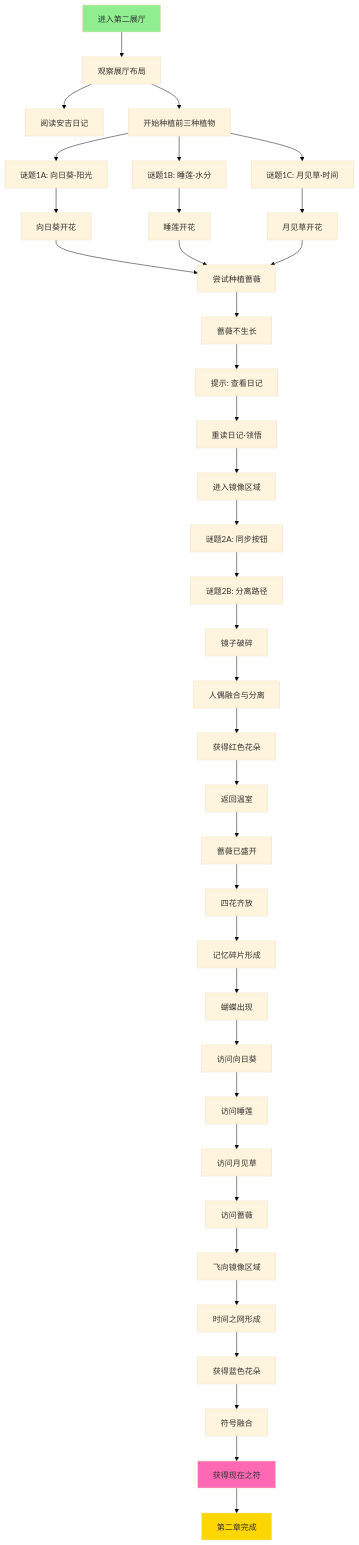
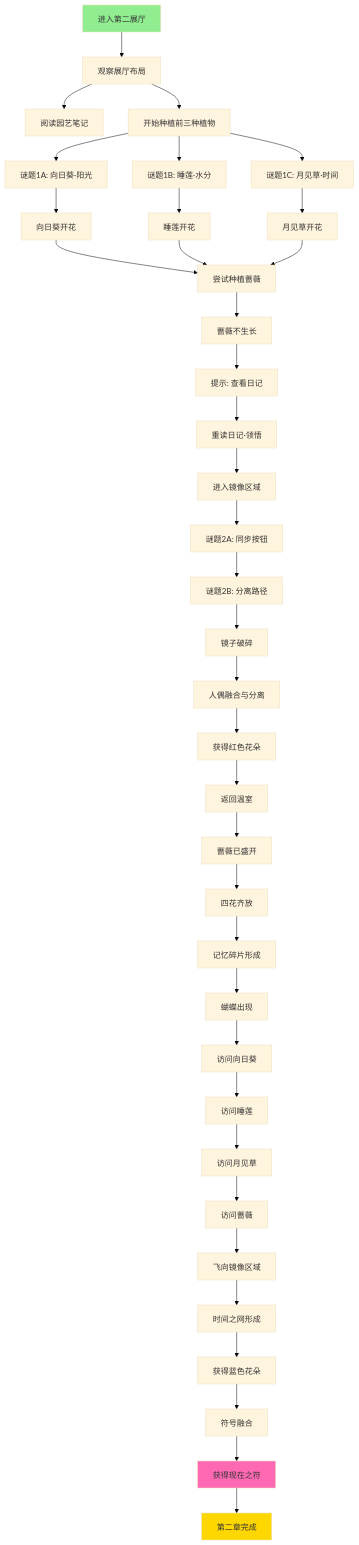
The first of 2 diagrams in Docs/PuzzleCharts/Chapter2_PuzzleChart_Museum.md (gdszyy/rusty-lake-orrery-game), drawn with Mermaid (base theme) before and after one commit. The commit also changed other lines of this file and 3 other files, not shown here.

````diff
--- a/Docs/PuzzleCharts/Chapter2_PuzzleChart_Museum.md
+++ b/Docs/PuzzleCharts/Chapter2_PuzzleChart_Museum.md
@@ -12,52 +12,52 @@
 ```mermaid
 graph TD
     Start[进入第二展厅] --> Observe[观察展厅布局]
-    Observe --> ReadDiary[阅读安吉日记]
+    Observe --> ReadDiary[阅读园艺笔记]
     Observe --> PlantSeeds[开始种植前三种植物]
     
     PlantSeeds --> Plant1[谜题1A: 向日葵·阳光]
     PlantSeeds --> Plant2[谜题1B: 睡莲·水分]
     PlantSeeds --> Plant3[谜题1C: 月见草·时间]
     
     Plant1 --> Sunflower[向日葵开花]
     Plant2 --> WaterLily[睡莲开花]
     Plant3 --> MoonFlower[月见草开花]
     
     Sunflower --> TryRose[尝试种植蔷薇]
     WaterLily --> TryRose
     MoonFlower --> TryRose
     
     TryRose --> Stuck[蔷薇不生长]
     Stuck --> Hint1[提示: 查看日记]
     Hint1 --> ReadDiary2[重读日记·领悟]
     ReadDiary2 --> EnterMirror[进入镜像区域]
     
     EnterMirror --> Mirror1[谜题2A: 同步按钮]
     Mirror1 --> Mirror2[谜题2B: 分离路径]
     Mirror2 --> MirrorBreak[镜子破碎]
     MirrorBreak --> Fusion[人偶融合与分离]
     Fusion --> RedFlower[获得红色花朵]
     
     RedFlower --> ReturnGreenhouse[返回温室]
     ReturnGreenhouse --> RoseBloomed[蔷薇已盛开]
     RoseBloomed --> FourFlowers[四花齐放]
     FourFlowers --> Crystal[记忆碎片形成]
     
     Crystal --> Butterfly[蝴蝶出现]
     Butterfly --> Visit1[访问向日葵]
     Visit1 --> Visit2[访问睡莲]
     Visit2 --> Visit3[访问月见草]
     Visit3 --> Visit4[访问蔷薇]
     Visit4 --> FlyToMirror[飞向镜像区域]
     FlyToMirror --> TimeWeb[时间之网形成]
     TimeWeb --> BlueFlower[获得蓝色花朵]
     
     BlueFlower --> SymbolFusion[符号融合]
     SymbolFusion --> NowSymbol[获得现在之符]
     NowSymbol --> ChapterEnd[第二章完成]
     
     
     style Start fill:#90EE90
     style ChapterEnd fill:#FFD700
     style NowSymbol fill:#FF69B4
 ```
````
